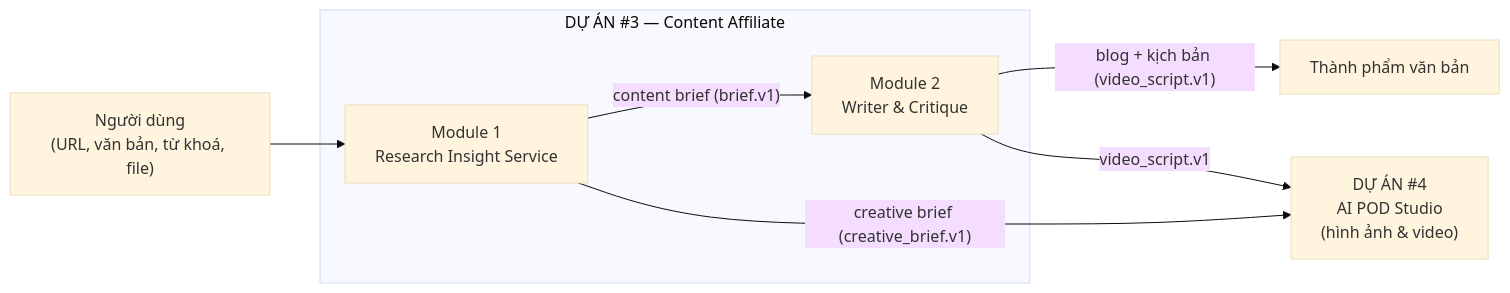
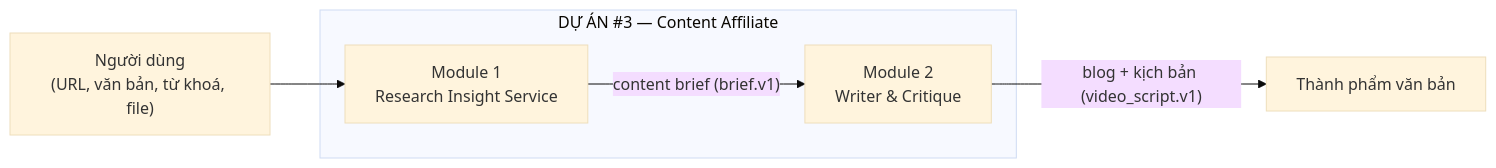
Before and after one commit to vinhWater/content-affiliate: the first of 3 diagrams in README.md, drawn with Mermaid (base theme). The commit also changed other lines of this file, not shown here.

````diff
--- a/README.md
+++ b/README.md
@@ -26,17 +26,13 @@
 ```mermaid
 flowchart LR
     U["Người dùng<br/>(URL, văn bản, từ khoá, file)"]
 
     subgraph P3["DỰ ÁN #3 — Content Affiliate"]
         M1["Module 1<br/>Research Insight Service"]
         M2["Module 2<br/>Writer & Critique"]
     end
 
-    P4["DỰ ÁN #4<br/>AI POD Studio<br/>(hình ảnh & video)"]
-
     U --> M1
     M1 -- "content brief (brief.v1)" --> M2
-    M1 -- "creative brief (creative_brief.v1)" --> P4
     M2 -- "blog + kịch bản (video_script.v1)" --> OUT["Thành phẩm văn bản"]
-    M2 -- "video_script.v1" --> P4
 ```
````
